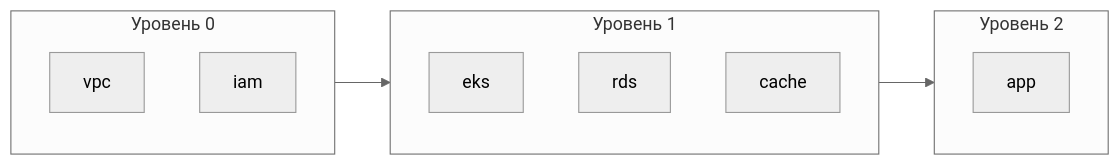
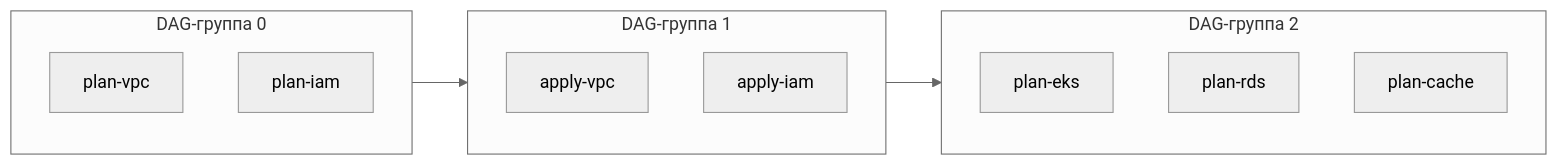
Before and after one commit to edelwud/terraci: the diagram in docs/ru/guide/pipeline-generation.md, drawn with Mermaid (neutral theme). The commit also changed other lines of this file and 89 other files, not shown here.

````diff
--- a/docs/ru/guide/pipeline-generation.md
+++ b/docs/ru/guide/pipeline-generation.md
@@ -124,16 +124,17 @@
 ```mermaid
 flowchart LR
-  subgraph l0["Уровень 0"]
-    vpc
-    iam
+  subgraph g0["DAG-группа 0"]
+    plan_vpc["plan-vpc"]
+    plan_iam["plan-iam"]
   end
-  subgraph l1["Уровень 1"]
-    eks
-    rds
-    cache
+  subgraph g1["DAG-группа 1"]
+    apply_vpc["apply-vpc"]
+    apply_iam["apply-iam"]
   end
-  subgraph l2["Уровень 2"]
-    app
+  subgraph g2["DAG-группа 2"]
+    plan_eks["plan-eks"]
+    plan_rds["plan-rds"]
+    plan_cache["plan-cache"]
   end
-  l0 --> l1 --> l2
+  g0 --> g1 --> g2
 ```
````
